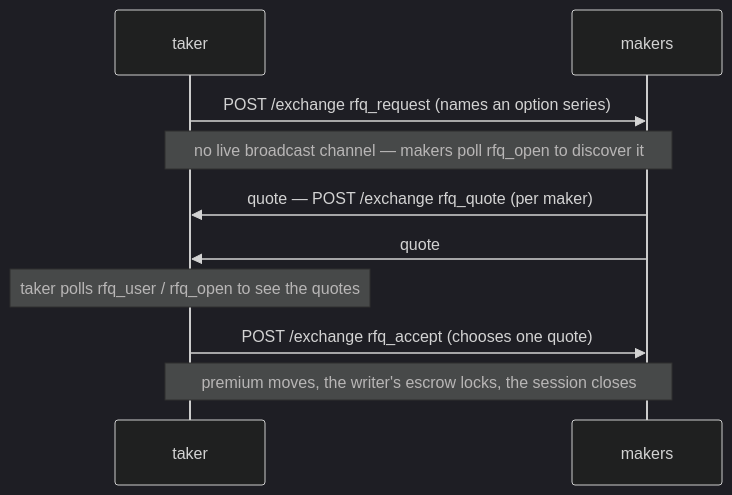
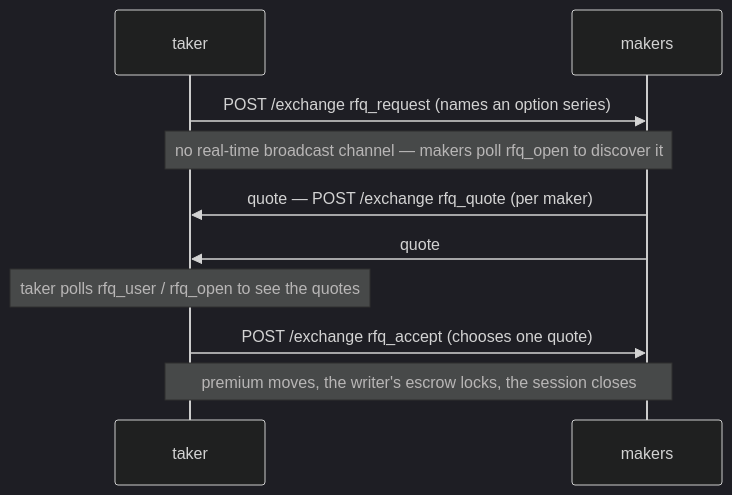
Before and after one commit to mtf-exchange/metaflux-knowledges: the diagram in docs/concepts/rfq.md, drawn with Mermaid (dark theme). The commit also changed other lines of this file and 85 other files, not shown here.

````diff
--- a/docs/concepts/rfq.md
+++ b/docs/concepts/rfq.md
@@ -32,12 +32,12 @@
 ```mermaid
 sequenceDiagram
     participant taker
     participant makers
     taker->>makers: POST /exchange rfq_request (names an option series)
-    Note over taker,makers: no live broadcast channel — makers poll rfq_open to discover it
+    Note over taker,makers: no real-time broadcast channel — makers poll rfq_open to discover it
     makers->>taker: quote — POST /exchange rfq_quote (per maker)
     makers->>taker: quote
     Note over taker: taker polls rfq_user / rfq_open to see the quotes
     taker->>makers: POST /exchange rfq_accept (chooses one quote)
     Note over taker,makers: premium moves, the writer's escrow locks, the session closes
 ```
````
